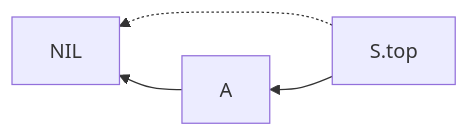
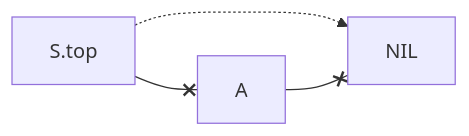
One commit to Eurydia/notes-singularity changed diagram 14 of 15 in Computer science/Data structures/Stack.md. Above: the diagram before and after it, drawn with Mermaid. The commit also changed other lines of this file and 4 other files, not shown here.

````diff
--- a/Computer science/Data structures/Stack.md
+++ b/Computer science/Data structures/Stack.md
@@ -112,5 +112,5 @@
 	```mermaid
-	flowchart RL
+	flowchart LR
 		S.top-.->NIL
-		S.top-->A-->NIL
+		S.top--xA--xNIL
 	```
````
